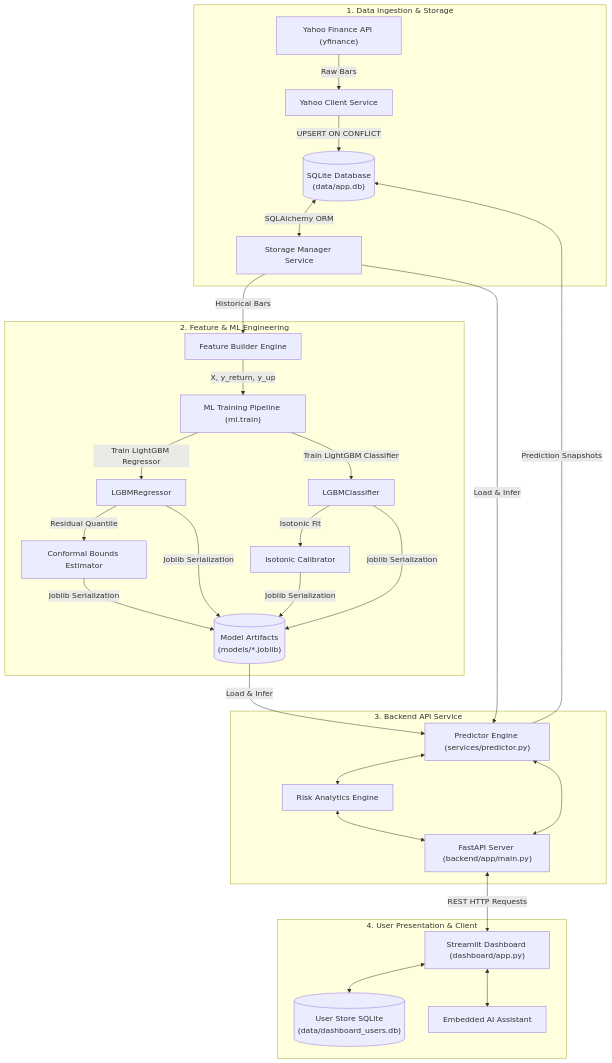
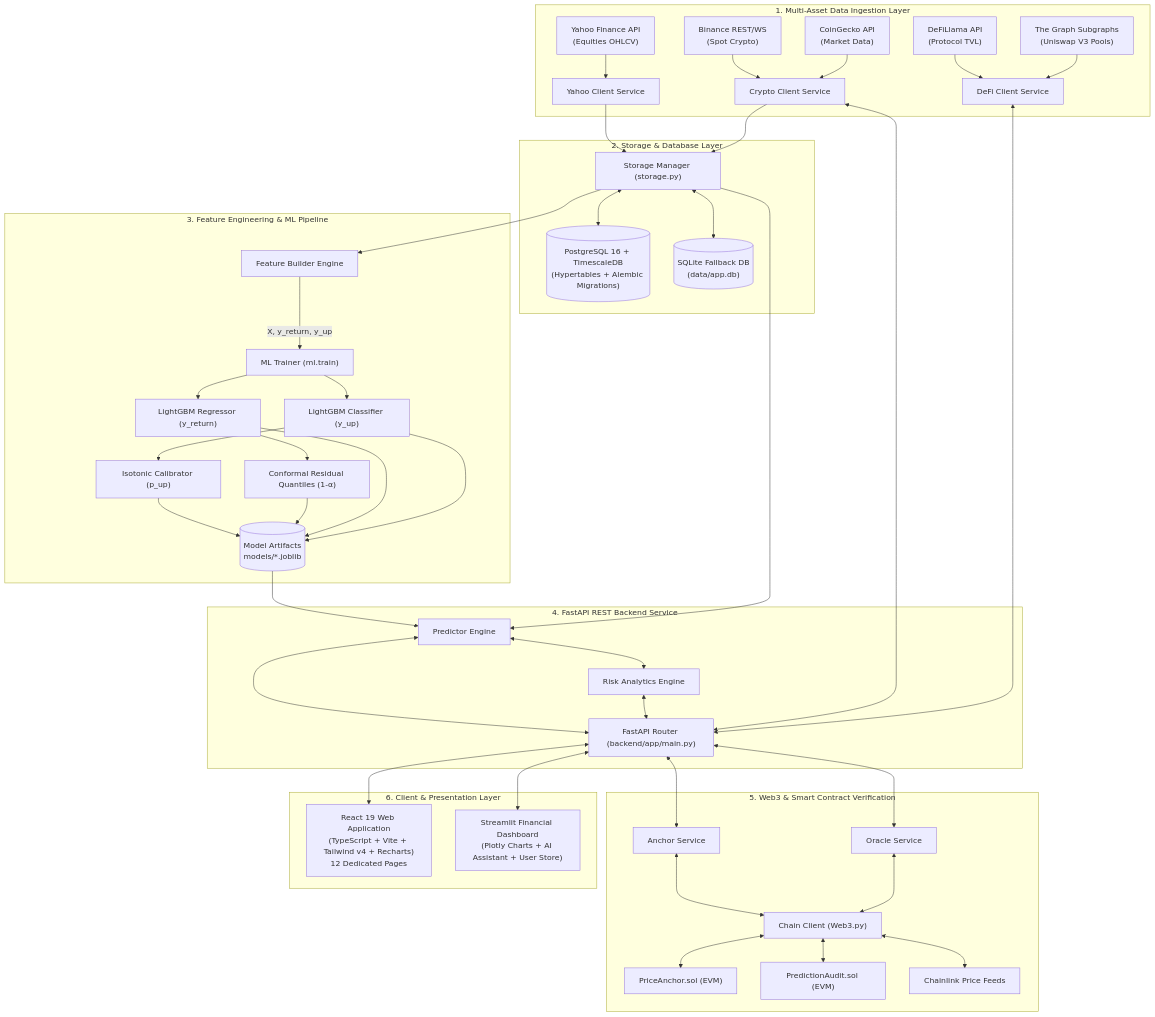
The diagram in PROJECT.md (Uditrajput09/aegis-analytics-ai-system), drawn with Mermaid before and after one commit. The commit also changed other lines of this file and 79 other files, not shown here.

Commit message:
feat: integrate blockchain audit contracts, DeFi analytics, system docs, and remove cached pyc

````diff
--- a/PROJECT.md
+++ b/PROJECT.md
@@ -45,31 +50,46 @@
 ```mermaid
-flowchart TD
-    subgraph Layer1["1. Data Ingestion & Storage"]
-        YF["Yahoo Finance API (yfinance)"] -->|Raw Bars| YC["Yahoo Client Service"]
-        YC -->|UPSERT ON CONFLICT| DB[("SQLite Database\n(data/app.db)")]
-        DB <-->|SQLAlchemy ORM| Storage["Storage Manager Service"]
+flowchart TB
+    subgraph INGESTION["1. Multi-Asset Data Ingestion Layer"]
+        YF["Yahoo Finance API\n(Equities OHLCV)"] --> YC["Yahoo Client Service"]
+        BN["Binance REST/WS\n(Spot Crypto)"] --> CC["Crypto Client Service"]
+        CG["CoinGecko API\n(Market Data)"] --> CC
+        DL["DeFiLlama API\n(Protocol TVL)"] --> DC["DeFi Client Service"]
+        TG["The Graph Subgraphs\n(Uniswap V3 Pools)"] --> DC
     end
 
-    subgraph Layer2["2. Feature & ML Engineering"]
-        Storage -->|Historical Bars| FB["Feature Builder Engine"]
-        FB -->|X, y_return, y_up| Trainer["ML Training Pipeline (ml.train)"]
-        Trainer -->|Train LightGBM Regressor| LGBMR["LGBMRegressor"]
-        Trainer -->|Train LightGBM Classifier| LGBMC["LGBMClassifier"]
-        LGBMC -->|Isotonic Fit| Calib["Isotonic Calibrator"]
-        LGBMR -->|Residual Quantile| Conf["Conformal Bounds Estimator"]
-        Calib & Conf & LGBMR & LGBMC -->|Joblib Serialization| Models[("Model Artifacts\n(models/*.joblib)")]
+    subgraph PERSISTENCE["2. Storage & Database Layer"]
+        YC & CC --> STORE["Storage Manager (storage.py)"]
+        STORE <--> PG[("PostgreSQL 16 + TimescaleDB\n(Hypertables + Alembic Migrations)")]
+        STORE <--> SQLITE[("SQLite Fallback DB\n(data/app.db)")]
     end
 
-    subgraph Layer3["3. Backend API Service"]
-        Models & Storage -->|Load & Infer| Predictor["Predictor Engine (services/predictor.py)"]
-        Predictor -->|Prediction Snapshots| DB
-        Predictor <--> Risk["Risk Analytics Engine"]
-        Predictor & Risk <--> FastAPI["FastAPI Server (backend/app/main.py)"]
+    subgraph ML_PIPELINE["3. Feature Engineering & ML Pipeline"]
+        STORE --> FB["Feature Builder Engine"]
+        FB -->|X, y_return, y_up| TRAIN["ML Trainer (ml.train)"]
+        TRAIN --> LGBMR["LightGBM Regressor (y_return)"]
+        TRAIN --> LGBMC["LightGBM Classifier (y_up)"]
+        LGBMC --> CALIB["Isotonic Calibrator (p_up)"]
+        LGBMR --> CONF["Conformal Residual Quantiles (1-α)"]
+        CALIB & CONF & LGBMR & LGBMC --> ARTIFACTS[("Model Artifacts\nmodels/*.joblib")]
     end
 
-    subgraph Layer4["4. User Presentation & Client"]
-        FastAPI <-->|REST HTTP Requests| Streamlit["Streamlit Dashboard (dashboard/app.py)"]
-        Streamlit <--> UserDB[("User Store SQLite\n(data/dashboard_users.db)")]
-        Streamlit <--> AIAssistant["Embedded AI Assistant"]
+    subgraph BACKEND_API["4. FastAPI REST Backend Service"]
+        ARTIFACTS & STORE --> PRED["Predictor Engine"]
+        PRED <--> RISK["Risk Analytics Engine"]
+        PRED & RISK & CC & DC <--> API["FastAPI Router (backend/app/main.py)"]
+    end
+
+    subgraph BLOCKCHAIN_TIER["5. Web3 & Smart Contract Verification"]
+        API <--> ANCHOR_SVC["Anchor Service"]
+        API <--> ORACLE_SVC["Oracle Service"]
+        ANCHOR_SVC & ORACLE_SVC <--> CHAIN_CLI["Chain Client (Web3.py)"]
+        CHAIN_CLI <--> PRICE_ANCHOR["PriceAnchor.sol (EVM)"]
+        CHAIN_CLI <--> PRED_AUDIT["PredictionAudit.sol (EVM)"]
+        CHAIN_CLI <--> CHAINLINK["Chainlink Price Feeds"]
+    end
+
+    subgraph CLIENT_TIER["6. Client & Presentation Layer"]
+        API <--> REACT_APP["React 19 Web Application\n(TypeScript + Vite + Tailwind v4 + Recharts)\n12 Dedicated Pages"]
+        API <--> STREAMLIT_APP["Streamlit Financial Dashboard\n(Plotly Charts + AI Assistant + User Store)"]
     end
 ```
````
